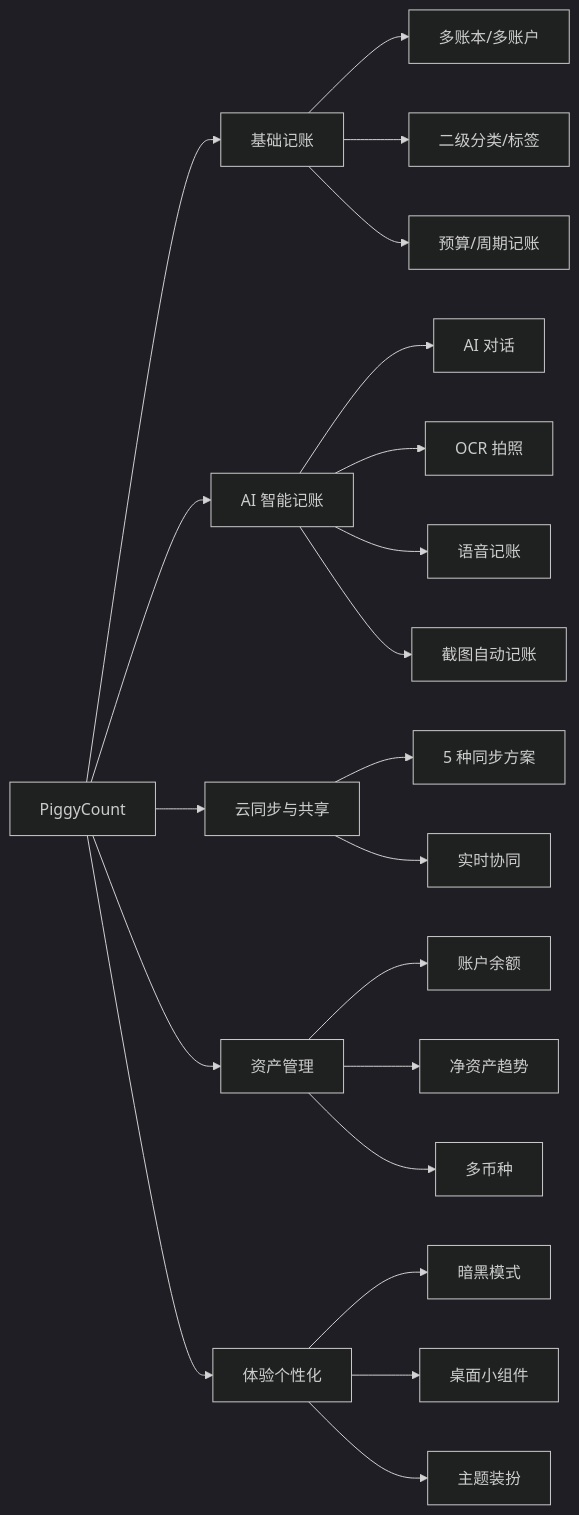
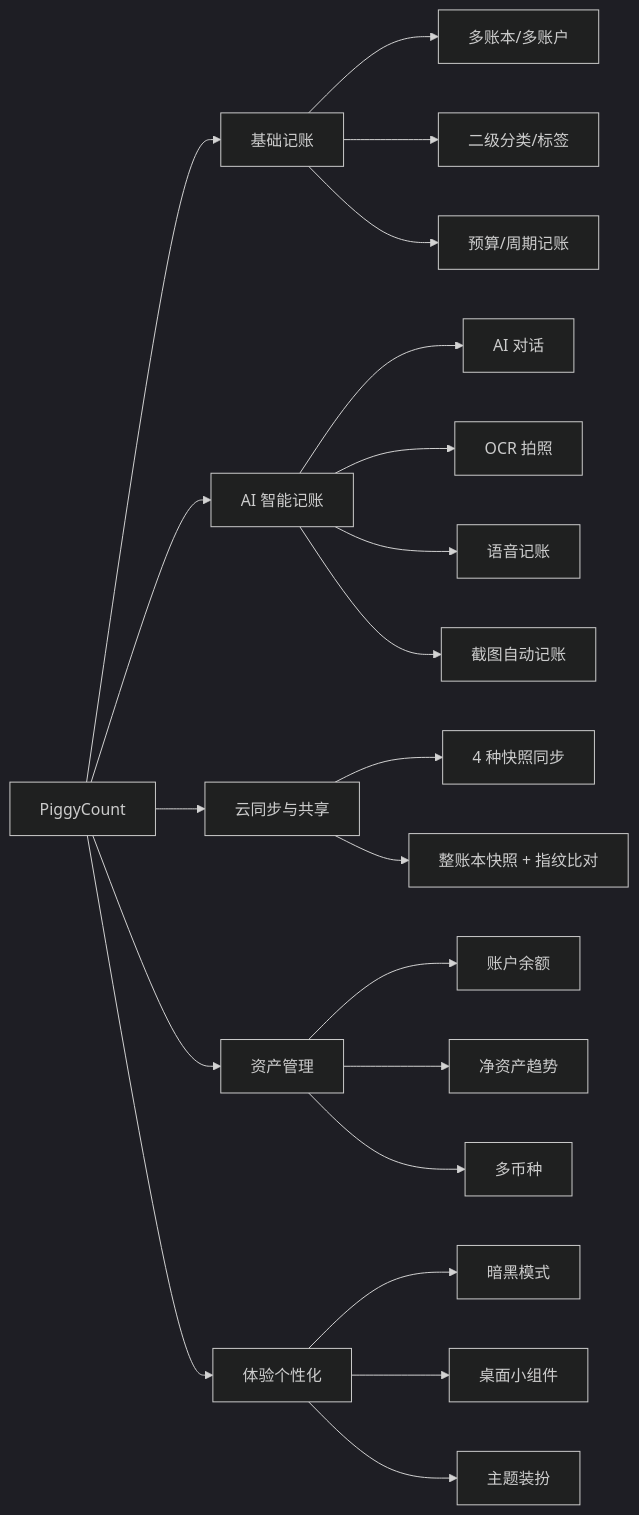
The first of 5 diagrams in docoments/01-project-overview.md (mecoren/PiggyCount), drawn with Mermaid (dark theme) before and after one commit. The commit also changed other lines of this file and 19 other files, not shown here.

First line of the commit message:
docs: 工程文档与 known-issues 同步至 schema 58 / 快照同步（2026-10-17）

````diff
--- a/docoments/01-project-overview.md
+++ b/docoments/01-project-overview.md
@@ -64,23 +70,23 @@
 ```mermaid
 flowchart LR
     A[PiggyCount] --> B[基础记账]
     A --> C[AI 智能记账]
     A --> D[云同步与共享]
     A --> E[资产管理]
     A --> F[体验个性化]
     B --> B1[多账本/多账户]
     B --> B2[二级分类/标签]
     B --> B3[预算/周期记账]
     C --> C1[AI 对话]
     C --> C2[OCR 拍照]
     C --> C3[语音记账]
     C --> C4[截图自动记账]
-    D --> D1[5 种同步方案]
-    D --> D3[实时协同]
+    D --> D1[4 种快照同步]
+    D --> D3[整账本快照 + 指纹比对]
     E --> E1[账户余额]
     E --> E2[净资产趋势]
     E --> E3[多币种]
     F --> F1[暗黑模式]
     F --> F2[桌面小组件]
     F --> F3[主题装扮]
 ```
````
